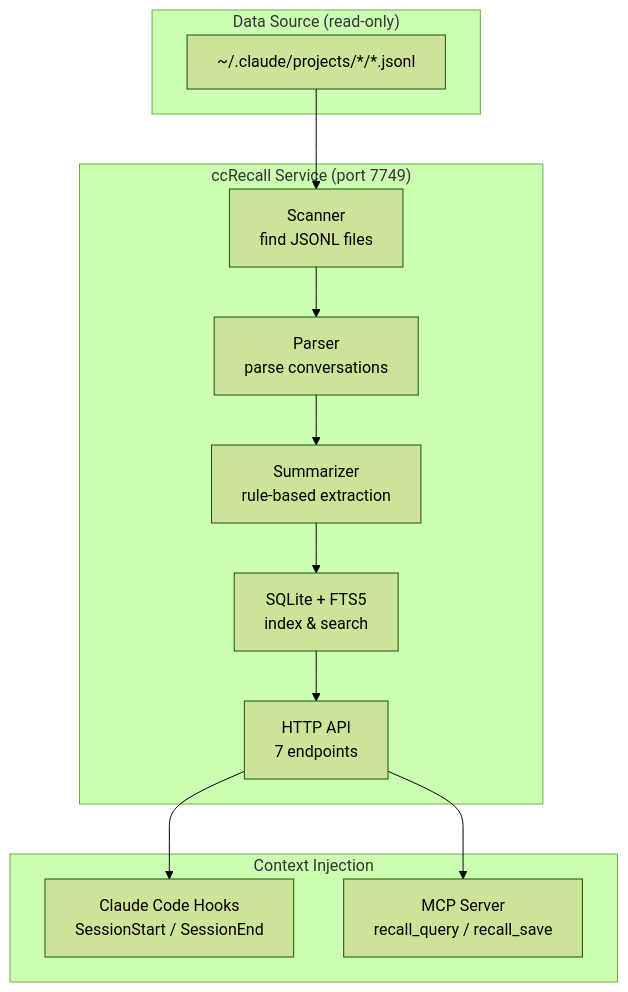
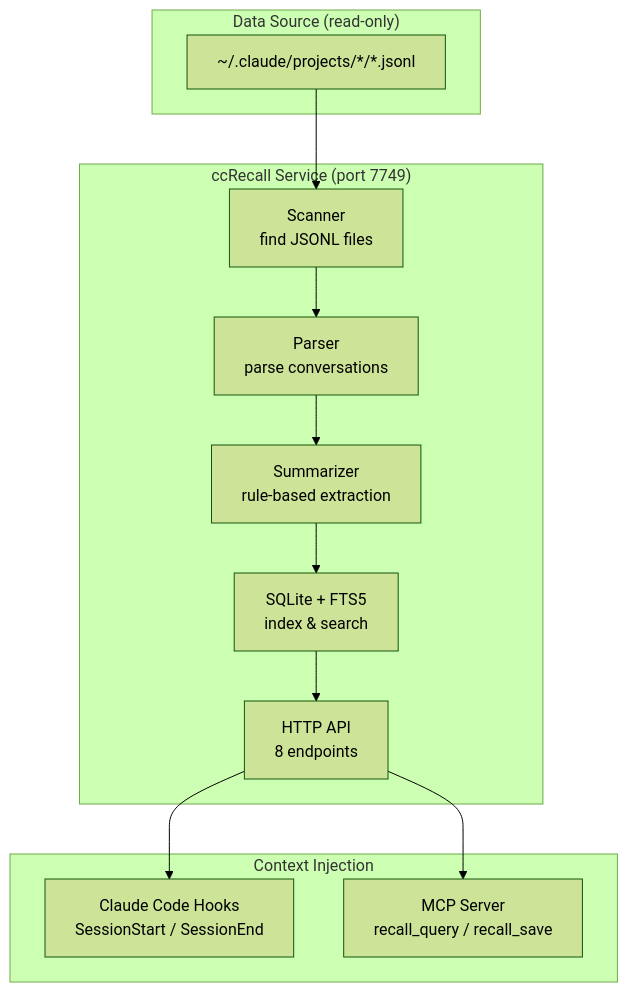
Before and after one commit to tznthou/ccRecall: the diagram in README.md, drawn with Mermaid (forest theme). The commit also changed other lines of this file and 1 other file, not shown here.

````diff
--- a/README.md
+++ b/README.md
@@ -44,24 +45,24 @@
 ```mermaid
 flowchart TB
     subgraph Input["Data Source (read-only)"]
         JSONL["~/.claude/projects/*/*.jsonl"]
     end
 
     subgraph Core["ccRecall Service (port 7749)"]
         Scanner["Scanner<br/>find JSONL files"]
         Parser["Parser<br/>parse conversations"]
         Summarizer["Summarizer<br/>rule-based extraction"]
         DB["SQLite + FTS5<br/>index & search"]
-        API["HTTP API<br/>7 endpoints"]
+        API["HTTP API<br/>8 endpoints"]
     end
 
     subgraph Consumers["Context Injection"]
         Hook["Claude Code Hooks<br/>SessionStart / SessionEnd"]
         MCP["MCP Server<br/>recall_query / recall_save"]
     end
 
     JSONL --> Scanner --> Parser --> Summarizer --> DB
     DB --> API
     API --> Hook
     API --> MCP
 ```
````
